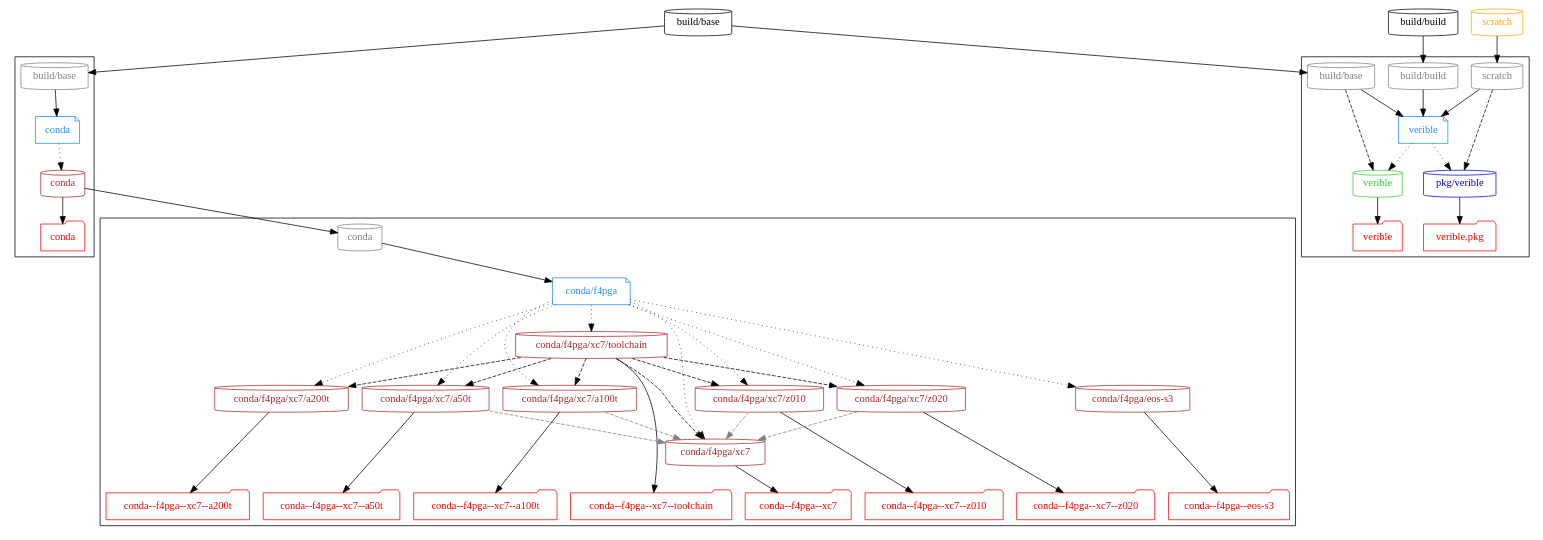
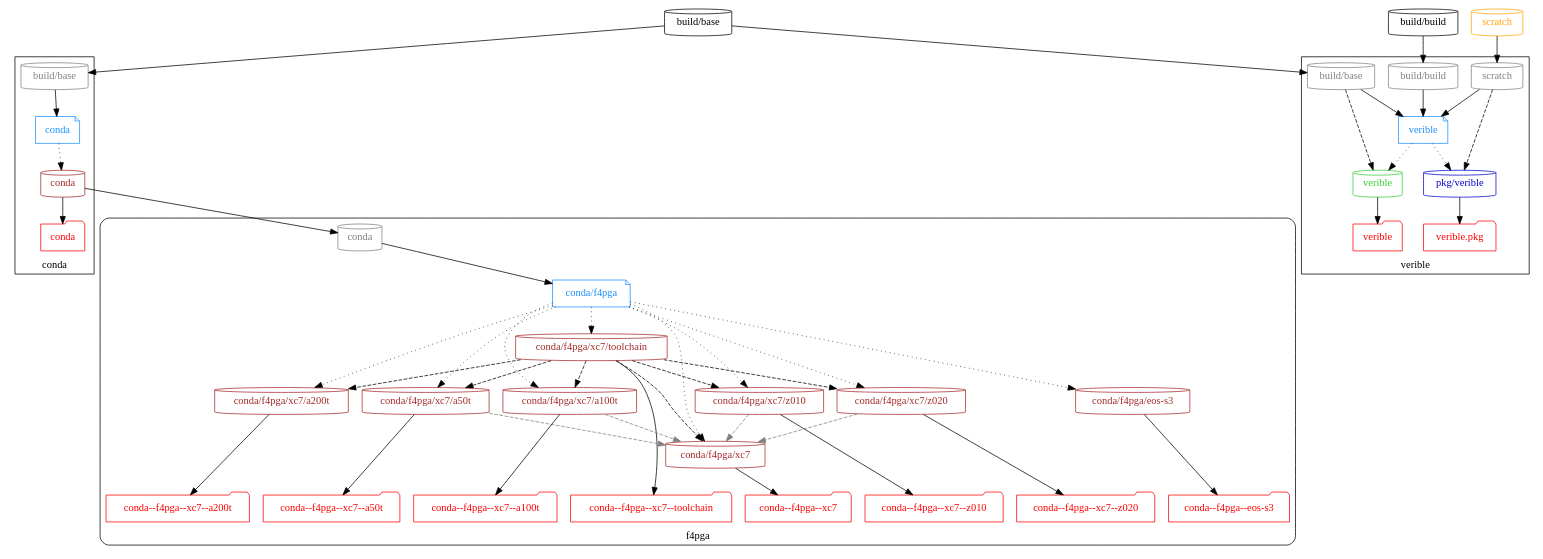
Before and after one commit to hdl/containers: the diagram in doc/graph/f4pga.dot, drawn with Graphviz. The commit also changed 43 other files, not shown here.

```diff
--- a/doc/graph/f4pga.dot
+++ b/doc/graph/f4pga.dot
@@ -1,177 +1,185 @@
 # Authors:
 #   Unai Martinez-Corral
 #     <umartinezcorral@antmicro.com>
 #     <unai.martinezcorral@ehu.eus>
 #
 # Copyright Unai Martinez-Corral
 #
 # Licensed under the Apache License, Version 2.0 (the "License");
 # you may not use this file except in compliance with the License.
 # You may obtain a copy of the License at
 #
 #     http://www.apache.org/licenses/LICENSE-2.0
 #
 # Unless required by applicable law or agreed to in writing, software
 # distributed under the License is distributed on an "AS IS" BASIS,
 # WITHOUT WARRANTIES OR CONDITIONS OF ANY KIND, either express or implied.
 # See the License for the specific language governing permissions and
 # limitations under the License.
 #
 # SPDX-License-Identifier: Apache-2.0
 
 digraph G {
 
   #splines=polyline; #curved
   newrank=true;
+  labelloc="b";
 
   # Dockerfiles
 
   { node [shape=note, color=dodgerblue, fontcolor=dodgerblue]
     d_conda     [label="conda"];
     d_f4pga [label="conda/f4pga"];
     d_verible [label="verible"];
   }
 
   # Images
 
   { node [shape=cylinder]
     "build/base"
     "build/build"
     { node [color=limegreen, fontcolor=limegreen]
       "verible"
     }
     { node [color=mediumblue, fontcolor=mediumblue]
       "pkg/verible"
     }
     { node [color=brown, fontcolor=brown]
       "conda"
       "conda/f4pga/xc7/toolchain"
       "conda/f4pga/xc7/a50t"
       "conda/f4pga/xc7/a100t"
       "conda/f4pga/xc7/a200t"
       "conda/f4pga/xc7/z010"
       "conda/f4pga/xc7/z020"
       "conda/f4pga/xc7"
       "conda/f4pga/eos-s3"
     }
   }
 
   # External images
 
   { node [shape=cylinder, color=orange, fontcolor=orange]
     "scratch"
   }
 
   { rank=same
     "build/base"
     "build/build"
     "scratch"
   }
 
   # Workflows
 
   subgraph cluster_conda {
+    label = "conda";
+
     "p_conda_build/base" [shape=cylinder, color=grey, fontcolor=grey, label="build/base"];
     d_conda -> "conda" [style=dotted];
     "t_conda" [shape=folder, color=red, fontcolor=red, label="conda"];
     "conda" -> "t_conda";
   }
 
   subgraph cluster_F4PGA {
+    label = "f4pga";
+    style = "rounded";
+
     { rank=same
       node [shape=cylinder, color=grey, fontcolor=grey]
       "p_F4PGA_conda"  [label="conda"]
     }
 
     d_f4pga -> {
       "conda/f4pga/xc7/toolchain"
       { rank=same
         "conda/f4pga/xc7/a50t"
         "conda/f4pga/xc7/a100t"
         "conda/f4pga/xc7/a200t"
         "conda/f4pga/xc7/z010"
         "conda/f4pga/xc7/z020"
       }
       "conda/f4pga/xc7"
       "conda/f4pga/eos-s3"
     } [style=dotted];
 
     { rank=same
       node [shape=folder, color=red, fontcolor=red];
       "t_F4PGA_xc7_toolchain" [label="conda--f4pga--xc7--toolchain"];
       "t_F4PGA_xc7_a50t"      [label="conda--f4pga--xc7--a50t"];
       "t_F4PGA_xc7_a100t"     [label="conda--f4pga--xc7--a100t"];
       "t_F4PGA_xc7_a200t"     [label="conda--f4pga--xc7--a200t"];
       "t_F4PGA_xc7_z010"      [label="conda--f4pga--xc7--z010"];
       "t_F4PGA_xc7_z020"      [label="conda--f4pga--xc7--z020"];
       "t_F4PGA_xc7"           [label="conda--f4pga--xc7"];
       "t_F4PGA_eos-s3"        [label="conda--f4pga--eos-s3"];
     }
 
     "conda/f4pga/xc7/toolchain"  -> "t_F4PGA_xc7_toolchain";
     "conda/f4pga/xc7/a50t"       -> "t_F4PGA_xc7_a50t";
     "conda/f4pga/xc7/a100t"      -> "t_F4PGA_xc7_a100t";
     "conda/f4pga/xc7/a200t"      -> "t_F4PGA_xc7_a200t";
     "conda/f4pga/xc7/z010"       -> "t_F4PGA_xc7_z010";
     "conda/f4pga/xc7/z020"       -> "t_F4PGA_xc7_z020";
     "conda/f4pga/xc7"            -> "t_F4PGA_xc7";
     "conda/f4pga/eos-s3"         -> "t_F4PGA_eos-s3";
   }
 
   subgraph cluster_verible {
+    label = "verible";
+
     { rank=same
       node [shape=cylinder, color=grey, fontcolor=grey]
       "p_verible_build/build" [label="build/build"]
       "p_verible_build/base" [label="build/base"]
       "p_verible_scratch" [label="scratch"]
     }
 
     d_verible -> {
       "verible"
       "pkg/verible"
     } [style=dotted];
 
     {
       node [shape=folder, color=red, fontcolor=red]
       "t_verible" [label="verible"];
       "t_pkg/verible" [label="verible.pkg"];
     }
 
     "verible" -> "t_verible";
     "pkg/verible" -> "t_pkg/verible";
   }
 
   # Dockerfile dependencies
 
   "build/base" -> "p_conda_build/base" -> d_conda;
 
   "build/build" -> "p_verible_build/build" -> d_verible;
   "build/base" -> "p_verible_build/base" -> d_verible;
   "scratch" -> "p_verible_scratch" -> d_verible;
 
   "conda" -> "p_F4PGA_conda" -> d_f4pga;
 
   # Image dependencies
 
   { edge [style=dashed]
     "conda/f4pga/xc7/toolchain" -> "conda/f4pga/xc7/a50t";
     "conda/f4pga/xc7/toolchain" -> "conda/f4pga/xc7/a100t";
     "conda/f4pga/xc7/toolchain" -> "conda/f4pga/xc7/a200t";
     "conda/f4pga/xc7/toolchain" -> "conda/f4pga/xc7/z010";
     "conda/f4pga/xc7/toolchain" -> "conda/f4pga/xc7/z020";
     "conda/f4pga/xc7/toolchain" -> "conda/f4pga/xc7";
 
     "p_verible_build/base" -> "verible";
     "p_verible_scratch" -> "pkg/verible";
   }
 
   { edge [style=dashed, color=grey]
     "conda/f4pga/xc7/a50t"  -> "conda/f4pga/xc7";
     "conda/f4pga/xc7/a100t" -> "conda/f4pga/xc7";
     # TODO: This is temporarily disabled because of space limits on GitHub Actions default runners
     #"conda/f4pga/xc7/a200t" -> "conda/f4pga/xc7";
     "conda/f4pga/xc7/z010"  -> "conda/f4pga/xc7";
     "conda/f4pga/xc7/z020"  -> "conda/f4pga/xc7";
   }
 
 }
```
